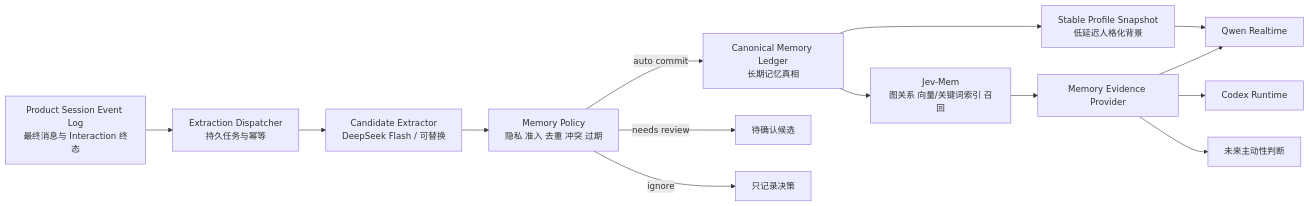
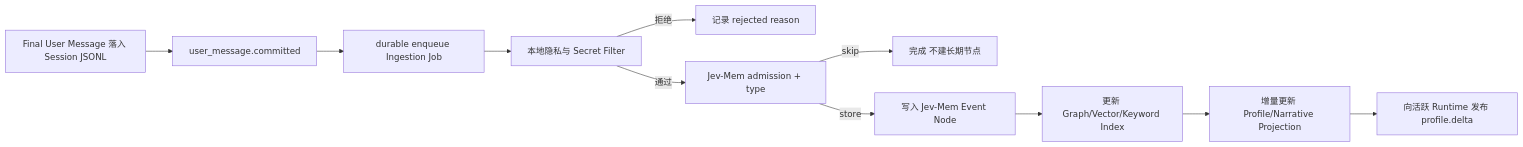
The first of 4 diagrams in docs/BoxAgent-Phase4-Memory-设计.md (kono-dada/BoxAgent), drawn with Mermaid before and after one commit. The commit also changed other lines of this file and 166 other files, not shown here.

Commit message:
feat: integrate realtime memory and skill workflows

````diff
--- a/docs/BoxAgent-Phase4-Memory-设计.md
+++ b/docs/BoxAgent-Phase4-Memory-设计.md
@@ -21,16 +212,13 @@
 ```mermaid
 flowchart LR
-    C[Product Session Event Log\n最终消息与 Interaction 终态] --> D[Extraction Dispatcher\n持久任务与幂等]
-    D --> X[Candidate Extractor\nDeepSeek Flash / 可替换]
-    X --> P[Memory Policy\n隐私 准入 去重 冲突 过期]
-    P -->|auto commit| L[Canonical Memory Ledger\n长期记忆真相]
-    P -->|needs review| R[待确认候选]
-    P -->|ignore| I[只记录决策]
-    L --> J[Jev-Mem\n图关系 向量/关键词索引 召回]
-    L --> S[Stable Profile Snapshot\n低延迟人格化背景]
-    J --> E[Memory Evidence Provider]
-    S --> Q[Qwen Realtime]
-    E --> Q
-    E --> C2[Codex Runtime]
-    E --> A[未来主动性判断]
+    A[Final User Message 落入 Session JSONL] --> B[user_message.committed]
+    B --> C[durable enqueue Ingestion Job]
+    C --> D[本地隐私与 Secret Filter]
+    D -->|拒绝| E[记录 rejected reason]
+    D -->|通过| F[Jev-Mem admission + type]
+    F -->|skip| G[完成 不建长期节点]
+    F -->|store| I[写入 Jev-Mem Event Node]
+    I --> K[更新 Graph/Vector/Keyword Index]
+    K --> L[增量更新 Profile/Narrative Projection]
+    L --> M[向活跃 Runtime 发布 profile.delta]
 ```
````
